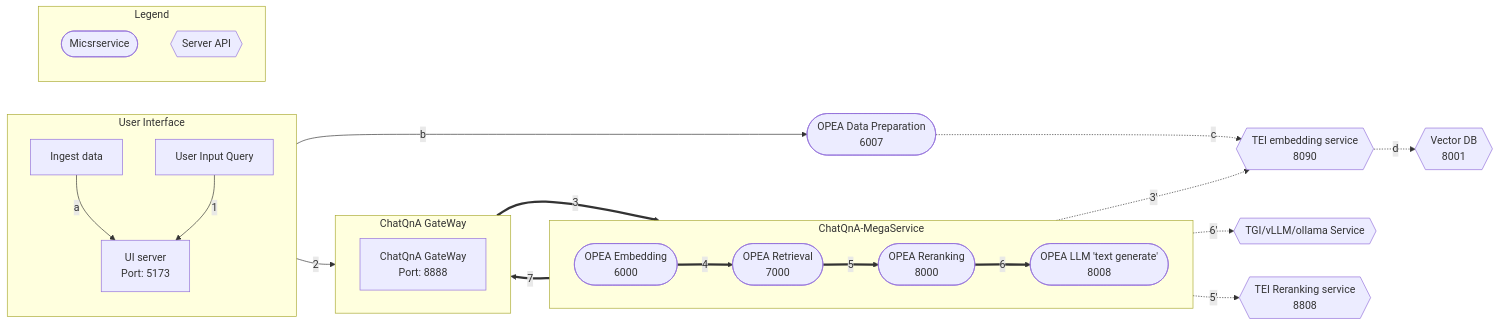
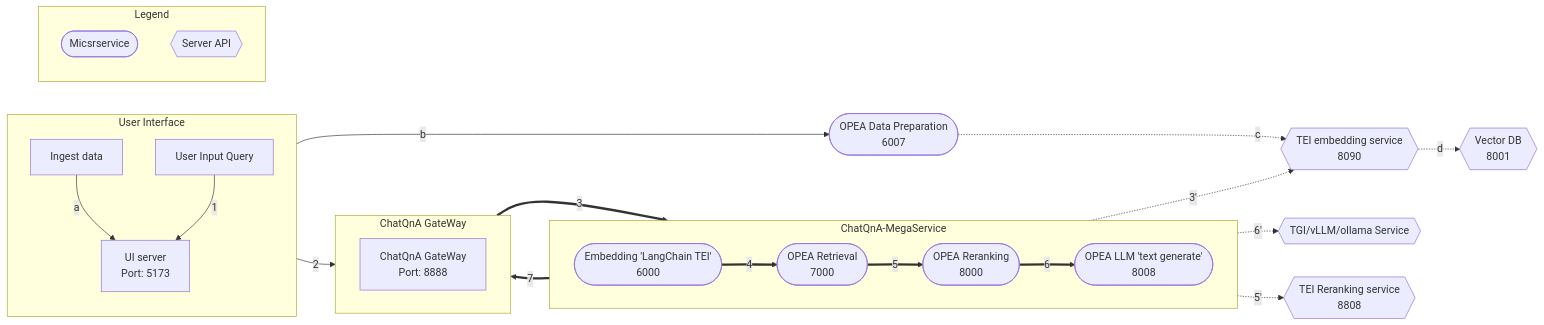
One commit to opea-project/GenAIExamples changed the diagram in ChatQnA/README.md. Above: the diagram before and after it, drawn with Mermaid.

````diff
--- a/ChatQnA/README.md
+++ b/ChatQnA/README.md
@@ -13,63 +13,63 @@
 ```mermaid
 graph LR
     subgraph ChatQnA-MegaService["ChatQnA-MegaService"]
         direction LR
-        EM([OPEA Embedding<br>6000])
+        EM([Embedding 'LangChain TEI' <br>6000])
         RET([OPEA Retrieval<br>7000])
         RER([OPEA Reranking<br>8000])
         LLM([OPEA LLM 'text generate'<br>8008])
     end
 
     direction TB
     TEI_EM{{TEI embedding service<br>8090}}
     VDB{{Vector DB<br>8001}}
     %% Vector DB interaction
     TEI_EM -.->|d|VDB
 
     DP([OPEA Data Preparation<br>6007])
     LLM_gen{{TGI/vLLM/ollama Service}}
 
     direction TB
     RER([OPEA Reranking<br>8000])
     TEI_RER{{TEI Reranking service<br>8808}}
 
     subgraph User Interface
         direction TB
         a[User Input Query]
         Ingest[Ingest data]
         UI[UI server<br>Port: 5173]
     end
 
     subgraph ChatQnA GateWay
         direction LR
         GW[ChatQnA GateWay<br>Port: 8888]
     end
 
     %% Data Preparation flow
     %% Ingest data flow
     direction LR
     Ingest[Ingest data] -->|a| UI
     UI -->|b| DP
     DP -.->|c| TEI_EM
 
     %% Questions interaction
     direction LR
     a[User Input Query] -->|1| UI
     UI -->|2| GW
     GW ==>|3| EM
     EM ==>|4| RET
     RET ==>|5| RER
     RER ==>|6| LLM
     LLM ==>|7| GW
 
     %% Embedding service flow
     direction TB
     EM -.->|3'| TEI_EM
     RER -.->|5'| TEI_RER
     LLM -.->|6'| LLM_gen
 
     subgraph Legend
         X([Micsrservice])
         Y{{Server API}}
     end
 ```
````
